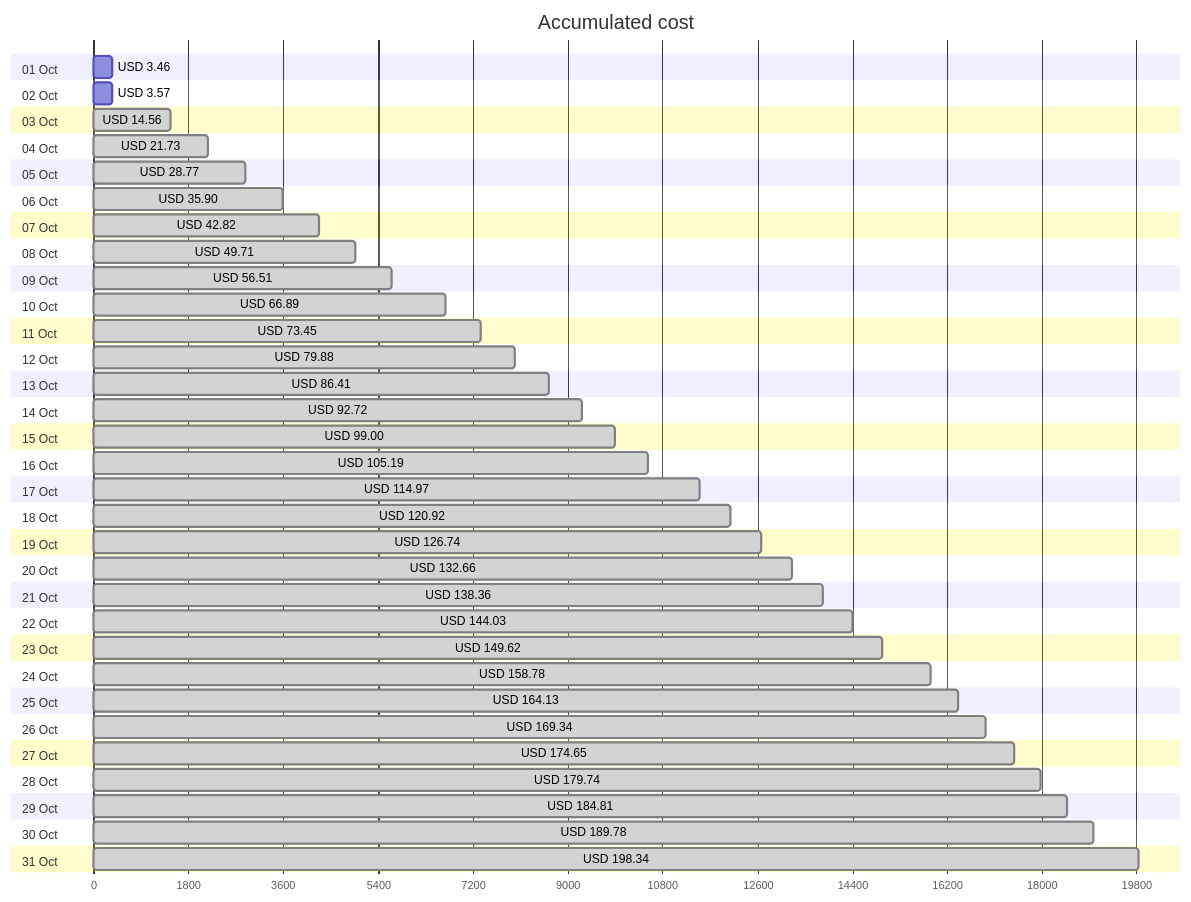
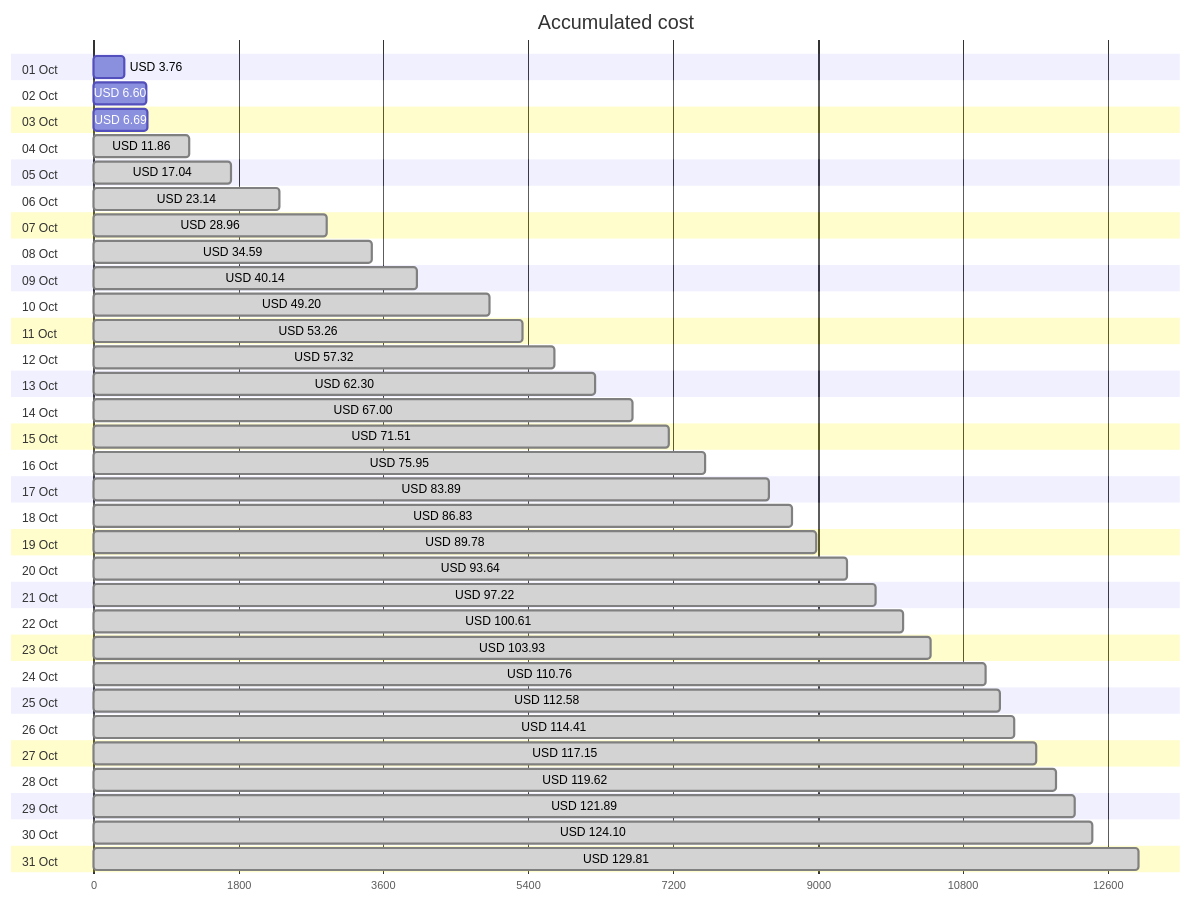
The first of 4 diagrams in cost-reports/accumulated-cost.md (jpfulton/azure-personal-reports), drawn with Mermaid before and after one commit. The commit also changed other lines of this file and 4 other files, not shown here.

````diff
--- a/cost-reports/accumulated-cost.md
+++ b/cost-reports/accumulated-cost.md
@@ -20,68 +20,68 @@
 ```mermaid
 gantt
    title Accumulated cost
    dateFormat  X
    axisFormat %s
    section 01 Oct
-   USD 3.46 :0, 346
+   USD 3.76 :0, 376
    section 02 Oct
-   USD 3.57 :0, 357
+   USD 6.60 :0, 660
    section 03 Oct
-   USD 14.56 : done, 0, 1456
+   USD 6.69 :0, 669
    section 04 Oct
-   USD 21.73 : done, 0, 2173
+   USD 11.86 : done, 0, 1186
    section 05 Oct
-   USD 28.77 : done, 0, 2877
+   USD 17.04 : done, 0, 1704
    section 06 Oct
-   USD 35.90 : done, 0, 3590
+   USD 23.14 : done, 0, 2314
    section 07 Oct
-   USD 42.82 : done, 0, 4282
+   USD 28.96 : done, 0, 2896
    section 08 Oct
-   USD 49.71 : done, 0, 4971
+   USD 34.59 : done, 0, 3459
    section 09 Oct
-   USD 56.51 : done, 0, 5651
+   USD 40.14 : done, 0, 4014
    section 10 Oct
-   USD 66.89 : done, 0, 6689
+   USD 49.20 : done, 0, 4920
    section 11 Oct
-   USD 73.45 : done, 0, 7345
+   USD 53.26 : done, 0, 5326
    section 12 Oct
-   USD 79.88 : done, 0, 7988
+   USD 57.32 : done, 0, 5732
    section 13 Oct
-   USD 86.41 : done, 0, 8641
+   USD 62.30 : done, 0, 6230
    section 14 Oct
-   USD 92.72 : done, 0, 9272
+   USD 67.00 : done, 0, 6700
    section 15 Oct
-   USD 99.00 : done, 0, 9900
+   USD 71.51 : done, 0, 7151
    section 16 Oct
-   USD 105.19 : done, 0, 10519
+   USD 75.95 : done, 0, 7595
    section 17 Oct
-   USD 114.97 : done, 0, 11497
+   USD 83.89 : done, 0, 8389
    section 18 Oct
-   USD 120.92 : done, 0, 12092
+   USD 86.83 : done, 0, 8683
    section 19 Oct
-   USD 126.74 : done, 0, 12674
+   USD 89.78 : done, 0, 8978
    section 20 Oct
-   USD 132.66 : done, 0, 13266
+   USD 93.64 : done, 0, 9364
    section 21 Oct
-   USD 138.36 : done, 0, 13836
+   USD 97.22 : done, 0, 9722
    section 22 Oct
-   USD 144.03 : done, 0, 14403
+   USD 100.61 : done, 0, 10061
    section 23 Oct
-   USD 149.62 : done, 0, 14962
+   USD 103.93 : done, 0, 10393
    section 24 Oct
-   USD 158.78 : done, 0, 15878
+   USD 110.76 : done, 0, 11076
    section 25 Oct
-   USD 164.13 : done, 0, 16413
+   USD 112.58 : done, 0, 11258
    section 26 Oct
-   USD 169.34 : done, 0, 16934
+   USD 114.41 : done, 0, 11441
    section 27 Oct
-   USD 174.65 : done, 0, 17465
+   USD 117.15 : done, 0, 11715
    section 28 Oct
-   USD 179.74 : done, 0, 17974
+   USD 119.62 : done, 0, 11962
    section 29 Oct
-   USD 184.81 : done, 0, 18481
+   USD 121.89 : done, 0, 12189
    section 30 Oct
-   USD 189.78 : done, 0, 18978
+   USD 124.10 : done, 0, 12410
    section 31 Oct
-   USD 198.34 : done, 0, 19834
+   USD 129.81 : done, 0, 12981
 ```
````
